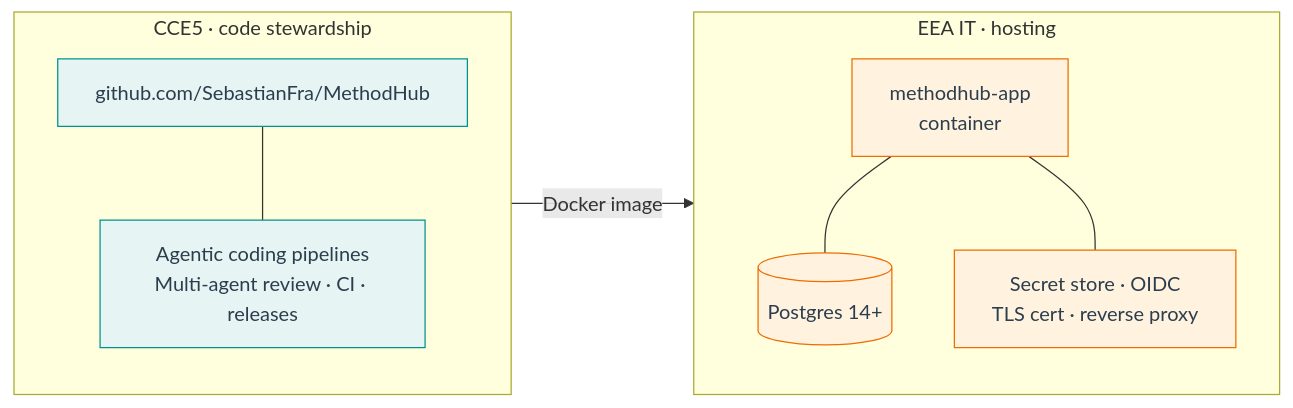
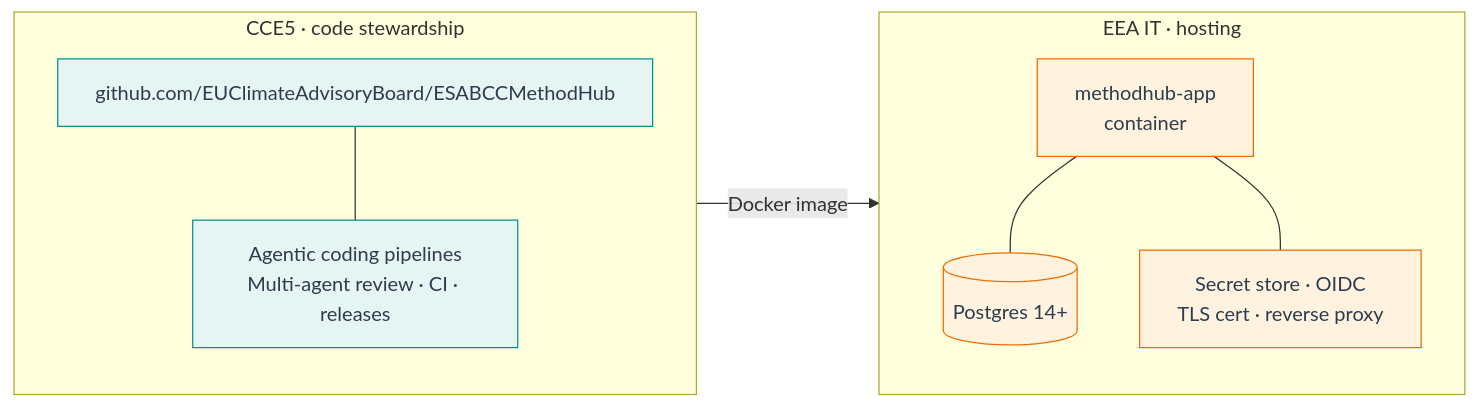
The diagram in docs/infrastructure/stewardship.md (EUClimateAdvisoryBoard/ESABCCMethodHub), drawn with Mermaid before and after one commit. The commit also changed other lines of this file and 21 other files, not shown here.

````diff
--- a/docs/infrastructure/stewardship.md
+++ b/docs/infrastructure/stewardship.md
@@ -29,21 +29,21 @@
 ```mermaid
 flowchart LR
   classDef ccFive fill:#E6F4F3,stroke:#00928F,color:#2C3E4D
   classDef it fill:#FFF3E0,stroke:#EF6C00,color:#2C3E4D
 
   subgraph CCE5["CCE5 · code stewardship"]
-    GH[github.com/SebastianFra/MethodHub]:::ccFive
+    GH[github.com/EUClimateAdvisoryBoard/ESABCCMethodHub]:::ccFive
     Agents[Agentic coding pipelines<br/>Multi-agent review · CI · releases]:::ccFive
     GH --- Agents
   end
 
   subgraph EEA["EEA IT · hosting"]
     Host[methodhub-app<br/>container]:::it
     PG[(Postgres 14+)]:::it
     Sec[Secret store · OIDC<br/>TLS cert · reverse proxy]:::it
     Host --- PG
     Host --- Sec
   end
 
   CCE5 -- Docker image --> EEA
 ```
````
